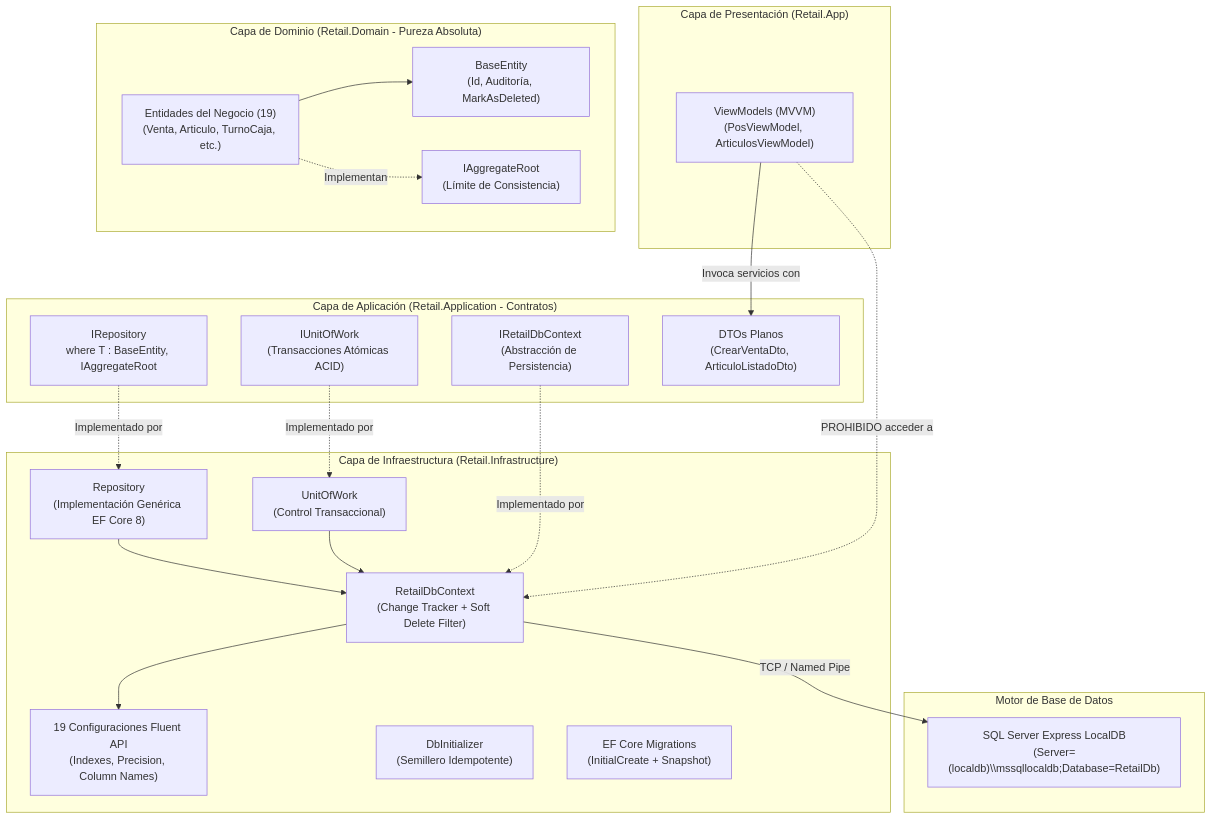
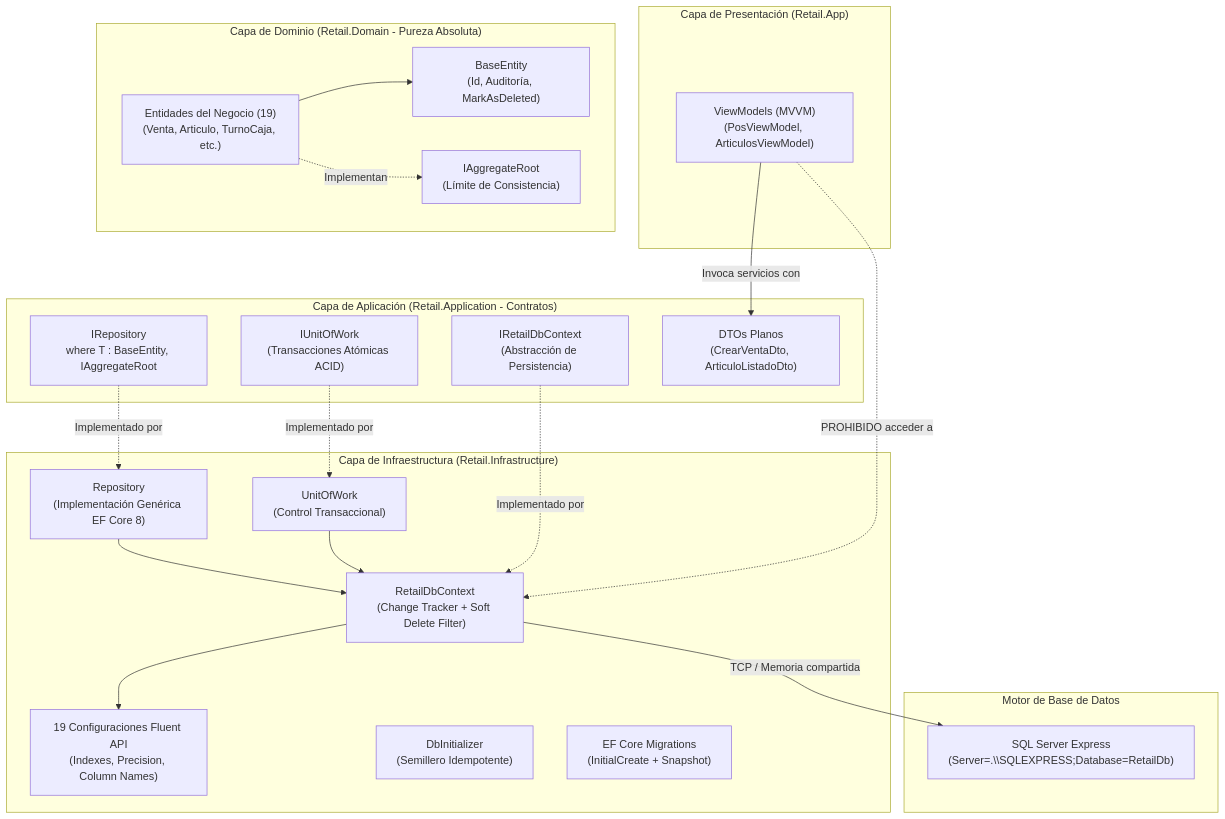
One commit to lucaskruzolek/retail changed the diagram in docs/SISTEMA_DE_PERSISTENCIA.md. Above: the diagram before and after it, drawn with Mermaid. The commit also changed other lines of this file and 26 other files, not shown here.

````diff
--- a/docs/SISTEMA_DE_PERSISTENCIA.md
+++ b/docs/SISTEMA_DE_PERSISTENCIA.md
@@ -13,47 +13,47 @@
 ```mermaid
 graph TD
     subgraph "Capa de Presentación (Retail.App)"
         VM["ViewModels (MVVM)\n(PosViewModel, ArticulosViewModel)"]
     end
 
     subgraph "Capa de Aplicación (Retail.Application - Contratos)"
         IREPO["IRepository<T>\nwhere T : BaseEntity, IAggregateRoot"]
         IUOW["IUnitOfWork\n(Transacciones Atómicas ACID)"]
         IDBCONTEXT["IRetailDbContext\n(Abstracción de Persistencia)"]
         DTOS["DTOs Planos\n(CrearVentaDto, ArticuloListadoDto)"]
         
         VM -->|"Invoca servicios con"| DTOS
     end
 
     subgraph "Capa de Dominio (Retail.Domain - Pureza Absoluta)"
         BASE_ENT["BaseEntity\n(Id, Auditoría, MarkAsDeleted)"]
         AGG_ROOT["IAggregateRoot\n(Límite de Consistencia)"]
         ENTITIES["Entidades del Negocio (19)\n(Venta, Articulo, TurnoCaja, etc.)"]
         
         ENTITIES --> BASE_ENT
         ENTITIES -.->|"Implementan"| AGG_ROOT
     end
 
     subgraph "Capa de Infraestructura (Retail.Infrastructure)"
         DBCONTEXT["RetailDbContext\n(Change Tracker + Soft Delete Filter)"]
         REPO_IMPL["Repository<T>\n(Implementación Genérica EF Core 8)"]
         UOW_IMPL["UnitOfWork\n(Control Transaccional)"]
         FLUENT["19 Configuraciones Fluent API\n(Indexes, Precision, Column Names)"]
         SEED["DbInitializer\n(Semillero Idempotente)"]
         MIGRATIONS["EF Core Migrations\n(InitialCreate + Snapshot)"]
         
         REPO_IMPL --> DBCONTEXT
         UOW_IMPL --> DBCONTEXT
         DBCONTEXT --> FLUENT
     end
 
     subgraph "Motor de Base de Datos"
-        LOCALDB["SQL Server Express LocalDB\n(Server=(localdb)\\mssqllocaldb;Database=RetailDb)"]
-        DBCONTEXT -->|"TCP / Named Pipe"| LOCALDB
+        SQLEXPRESS["SQL Server Express\n(Server=.\\SQLEXPRESS;Database=RetailDb)"]
+        DBCONTEXT -->|"TCP / Memoria compartida"| SQLEXPRESS
     end
 
     IREPO -.->|"Implementado por"| REPO_IMPL
     IUOW -.->|"Implementado por"| UOW_IMPL
     IDBCONTEXT -.->|"Implementado por"| DBCONTEXT
     VM -.->|"PROHIBIDO acceder a"| DBCONTEXT
 ```
````
